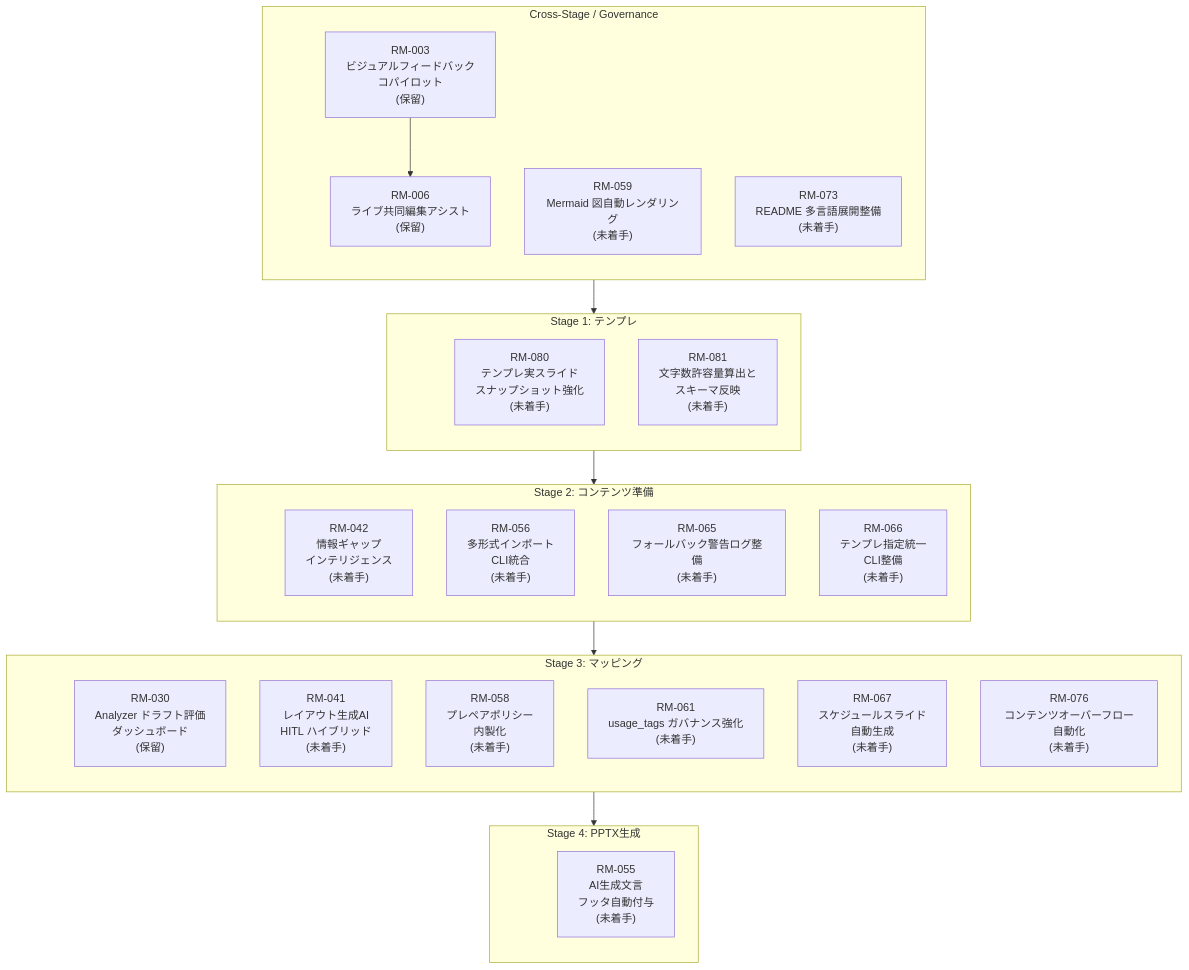
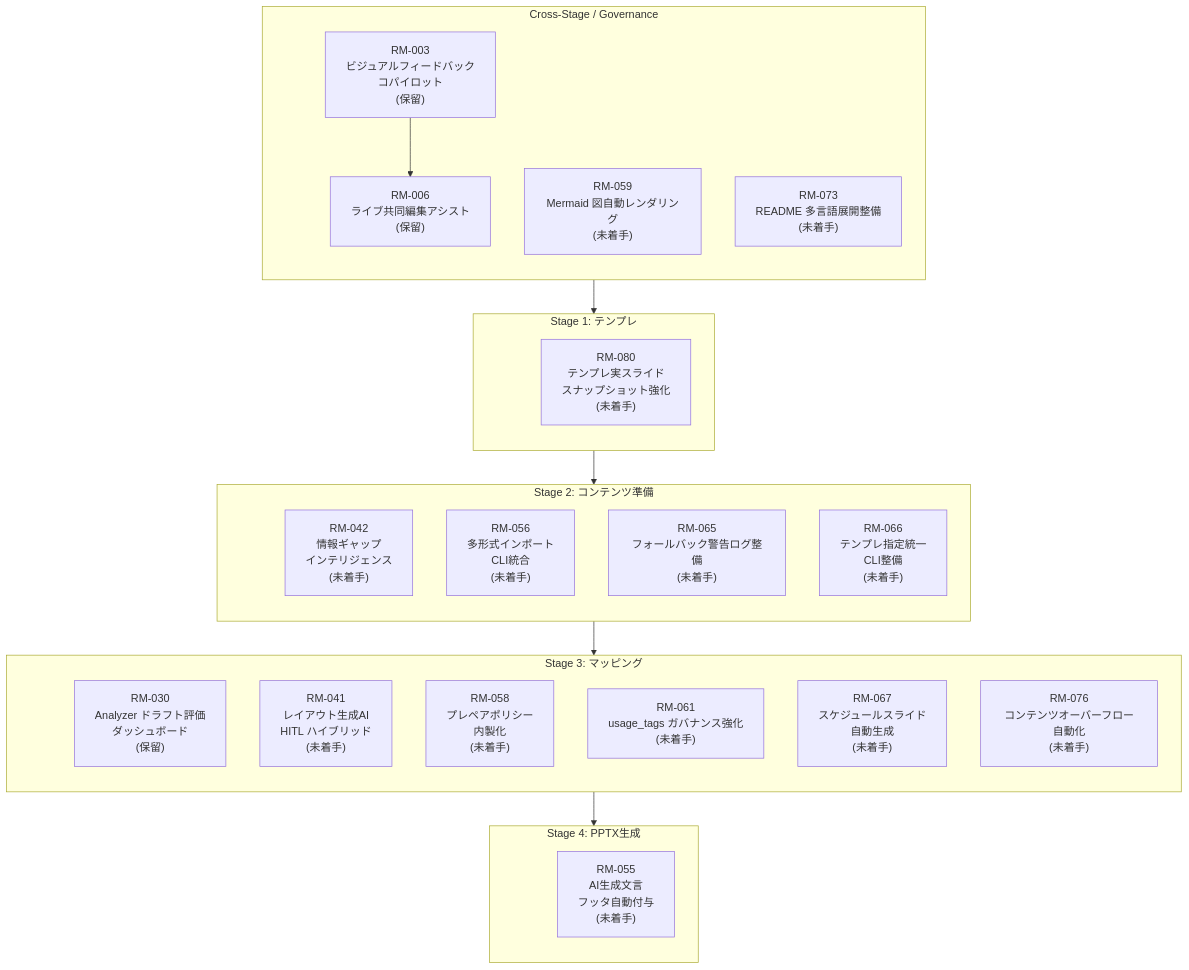
Before and after one commit to yurake/pptx_generator: the diagram in docs/roadmap/roadmap.md, drawn with Mermaid. The commit also changed other lines of this file and 1 other file, not shown here.

````diff
--- a/docs/roadmap/roadmap.md
+++ b/docs/roadmap/roadmap.md
@@ -25,54 +25,53 @@
 ```mermaid
 flowchart TB
     subgraph GOV["Cross-Stage / Governance"]
         direction TB
         GOV_ANCHOR(( ))
         RM003["RM-003<br/>ビジュアルフィードバック<br/>コパイロット<br/>(保留)"]
         RM006["RM-006<br/>ライブ共同編集アシスト<br/>(保留)"]
         RM059["RM-059<br/>Mermaid 図自動レンダリング<br/>(未着手)"]
         RM073["RM-073<br/>README 多言語展開整備<br/>(未着手)"]
     end
 
     subgraph ST1["Stage 1: テンプレ"]
         direction TB
         ST1_ANCHOR(( ))
         RM080["RM-080<br/>テンプレ実スライド<br/>スナップショット強化<br/>(未着手)"]
-        RM081["RM-081<br/>文字数許容量算出と<br/>スキーマ反映<br/>(未着手)"]
     end
 
     subgraph ST2["Stage 2: コンテンツ準備"]
         direction TB
         ST2_ANCHOR(( ))
         RM042["RM-042<br/>情報ギャップ<br/>インテリジェンス<br/>(未着手)"]
         RM056["RM-056<br/>多形式インポート<br/>CLI統合<br/>(未着手)"]
         RM065["RM-065<br/>フォールバック警告ログ整備<br/>(未着手)"]
         RM066["RM-066<br/>テンプレ指定統一<br/>CLI整備<br/>(未着手)"]
     end
 
     subgraph ST3["Stage 3: マッピング"]
         direction TB
         ST3_ANCHOR(( ))
         RM030["RM-030<br/>Analyzer ドラフト評価<br/>ダッシュボード<br/>(保留)"]
         RM041["RM-041<br/>レイアウト生成AI<br/>HITL ハイブリッド<br/>(未着手)"]
         RM058["RM-058<br/>プレペアポリシー<br/>内製化<br/>(未着手)"]
         RM061["RM-061<br/>usage_tags ガバナンス強化<br/>(未着手)"]
         RM067["RM-067<br/>スケジュールスライド<br/>自動生成<br/>(未着手)"]
         RM076["RM-076<br/>コンテンツオーバーフロー自動化<br/>(未着手)"]
     end
 
     subgraph ST4["Stage 4: PPTX生成"]
         direction TB
         ST4_ANCHOR(( ))
         RM055["RM-055<br/>AI生成文言<br/>フッタ自動付与<br/>(未着手)"]
     end
 
     style GOV_ANCHOR fill:transparent,stroke:transparent
     style ST1_ANCHOR fill:transparent,stroke:transparent
     style ST2_ANCHOR fill:transparent,stroke:transparent
     style ST3_ANCHOR fill:transparent,stroke:transparent
     style ST4_ANCHOR fill:transparent,stroke:transparent
 
     GOV_ANCHOR --> ST1_ANCHOR --> ST2_ANCHOR --> ST3_ANCHOR --> ST4_ANCHOR
 
     RM003 --> RM006
 ```
````
